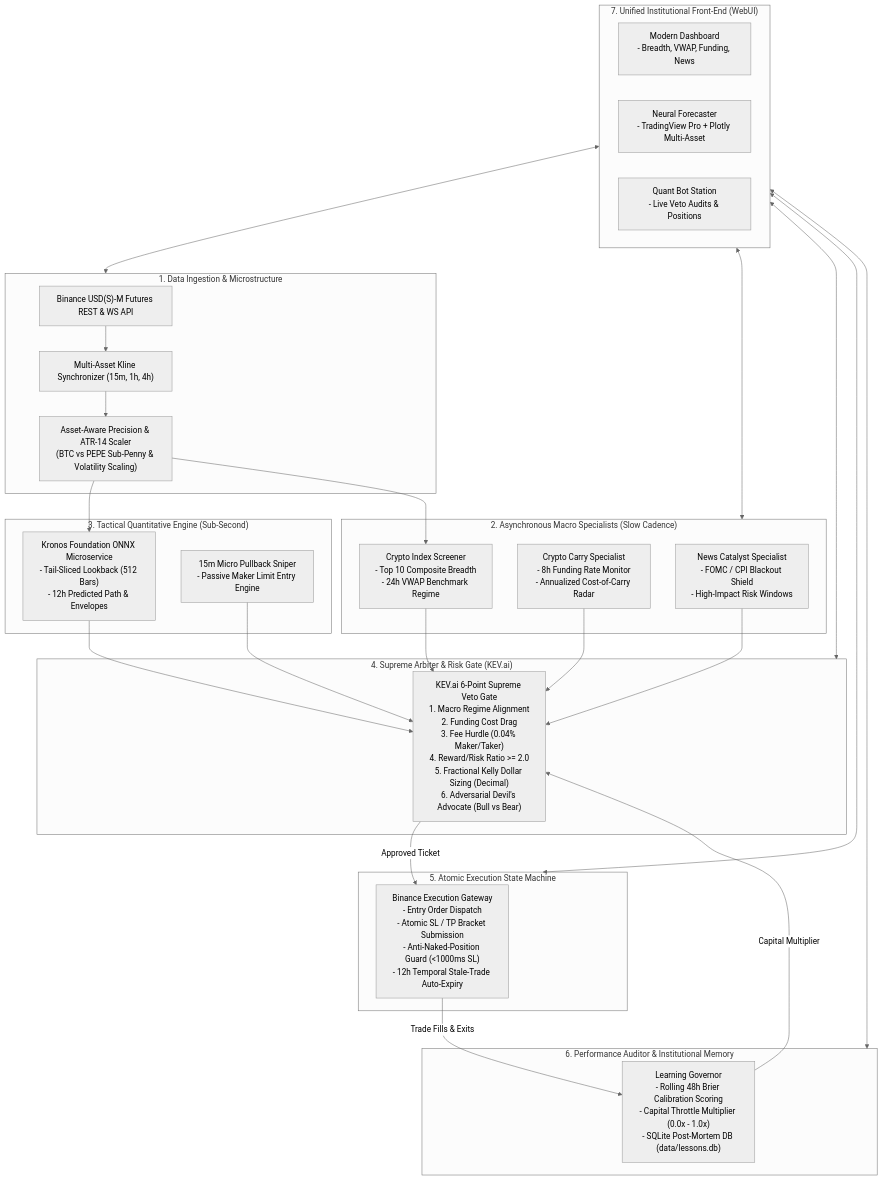
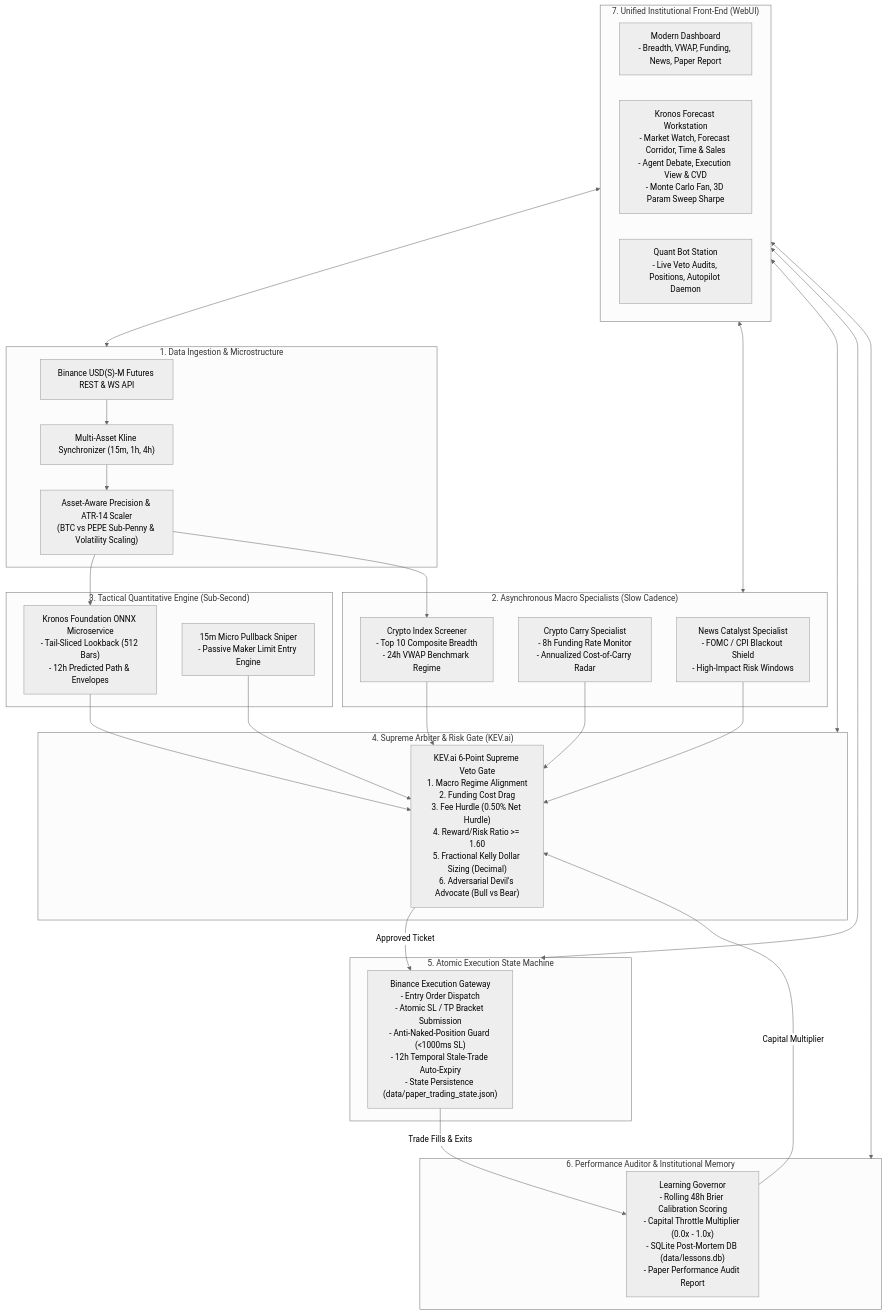
Before and after one commit to bingkltech/Kronos: the diagram in docs/ARCHITECTURE.md, drawn with Mermaid (neutral theme). The commit also changed other lines of this file and 3 other files, not shown here.

Commit message:
docs: document Bloomberg forecast workstation, small-account micro-trading, and continuous learning

````diff
--- a/docs/ARCHITECTURE.md
+++ b/docs/ARCHITECTURE.md
@@ -25,52 +27,52 @@
 ```mermaid
 flowchart TD
     subgraph DataIngestion ["1. Data Ingestion & Microstructure"]
         BINANCE["Binance USD(S)-M Futures REST & WS API"] --> KLINE_FEED["Multi-Asset Kline Synchronizer (15m, 1h, 4h)"]
         KLINE_FEED --> ASSET_SCALE["Asset-Aware Precision & ATR-14 Scaler\n(BTC vs PEPE Sub-Penny & Volatility Scaling)"]
     end
 
     subgraph MacroTier ["2. Asynchronous Macro Specialists (Slow Cadence)"]
         NEWS["News Catalyst Specialist\n- FOMC / CPI Blackout Shield\n- High-Impact Risk Windows"]
         CARRY["Crypto Carry Specialist\n- 8h Funding Rate Monitor\n- Annualized Cost-of-Carry Radar"]
         INDEX["Crypto Index Screener\n- Top 10 Composite Breadth\n- 24h VWAP Benchmark Regime"]
     end
 
     subgraph TacticalCore ["3. Tactical Quantitative Engine (Sub-Second)"]
         ONNX["Kronos Foundation ONNX Microservice\n- Tail-Sliced Lookback (512 Bars)\n- 12h Predicted Path & Envelopes"]
         SNIPER["15m Micro Pullback Sniper\n- Passive Maker Limit Entry Engine"]
     end
 
     subgraph ExecutiveGate ["4. Supreme Arbiter & Risk Gate (KEV.ai)"]
-        VETO["KEV.ai 6-Point Supreme Veto Gate\n1. Macro Regime Alignment\n2. Funding Cost Drag\n3. Fee Hurdle (0.04% Maker/Taker)\n4. Reward/Risk Ratio >= 2.0\n5. Fractional Kelly Dollar Sizing (Decimal)\n6. Adversarial Devil's Advocate (Bull vs Bear)"]
+        VETO["KEV.ai 6-Point Supreme Veto Gate\n1. Macro Regime Alignment\n2. Funding Cost Drag\n3. Fee Hurdle (0.50% Net Hurdle)\n4. Reward/Risk Ratio >= 1.60\n5. Fractional Kelly Dollar Sizing (Decimal)\n6. Adversarial Devil's Advocate (Bull vs Bear)"]
     end
 
     subgraph ExecutionLayer ["5. Atomic Execution State Machine"]
-        EXEC["Binance Execution Gateway\n- Entry Order Dispatch\n- Atomic SL / TP Bracket Submission\n- Anti-Naked-Position Guard (<1000ms SL)\n- 12h Temporal Stale-Trade Auto-Expiry"]
+        EXEC["Binance Execution Gateway\n- Entry Order Dispatch\n- Atomic SL / TP Bracket Submission\n- Anti-Naked-Position Guard (<1000ms SL)\n- 12h Temporal Stale-Trade Auto-Expiry\n- State Persistence (data/paper_trading_state.json)"]
     end
 
     subgraph FeedbackLayer ["6. Performance Auditor & Institutional Memory"]
-        LEARN["Learning Governor\n- Rolling 48h Brier Calibration Scoring\n- Capital Throttle Multiplier (0.0x - 1.0x)\n- SQLite Post-Mortem DB (data/lessons.db)"]
+        LEARN["Learning Governor\n- Rolling 48h Brier Calibration Scoring\n- Capital Throttle Multiplier (0.0x - 1.0x)\n- SQLite Post-Mortem DB (data/lessons.db)\n- Paper Performance Audit Report"]
     end
 
     subgraph PresentationLayer ["7. Unified Institutional Front-End (WebUI)"]
-        DASH["Modern Dashboard\n- Breadth, VWAP, Funding, News"]
-        CHART["Neural Forecaster\n- TradingView Pro + Plotly Multi-Asset"]
-        BOT_UI["Quant Bot Station\n- Live Veto Audits & Positions"]
+        DASH["Modern Dashboard\n- Breadth, VWAP, Funding, News, Paper Report"]
+        WORKSTATION["Kronos Forecast Workstation\n- Market Watch, Forecast Corridor, Time & Sales\n- Agent Debate, Execution View & CVD\n- Monte Carlo Fan, 3D Param Sweep Sharpe"]
+        BOT_UI["Quant Bot Station\n- Live Veto Audits, Positions, Autopilot Daemon"]
     end
 
     ASSET_SCALE --> ONNX
     ASSET_SCALE --> INDEX
     NEWS --> VETO
     CARRY --> VETO
     INDEX --> VETO
     ONNX --> VETO
     SNIPER --> VETO
     LEARN -->|Capital Multiplier| VETO
     VETO -->|Approved Ticket| EXEC
     EXEC -->|Trade Fills & Exits| LEARN
     PresentationLayer <--> DataIngestion
     PresentationLayer <--> MacroTier
     PresentationLayer <--> ExecutiveGate
     PresentationLayer <--> ExecutionLayer
     PresentationLayer <--> FeedbackLayer
 ```
````
